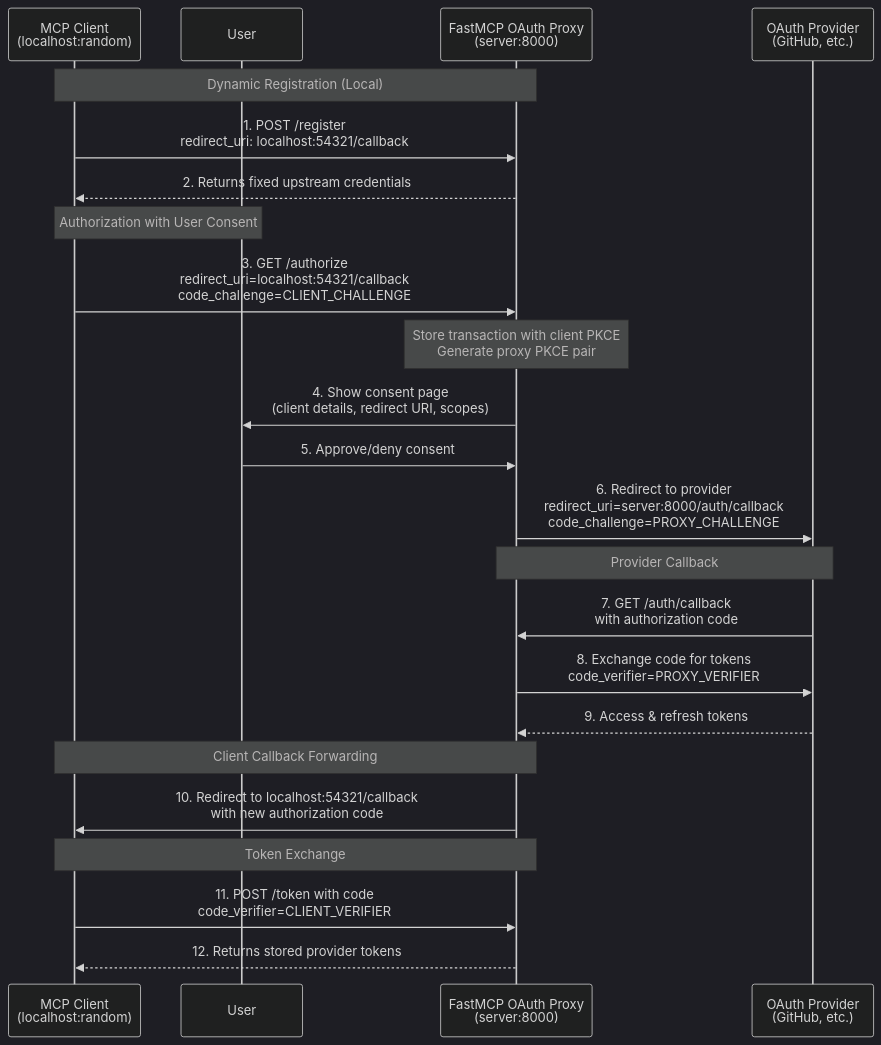
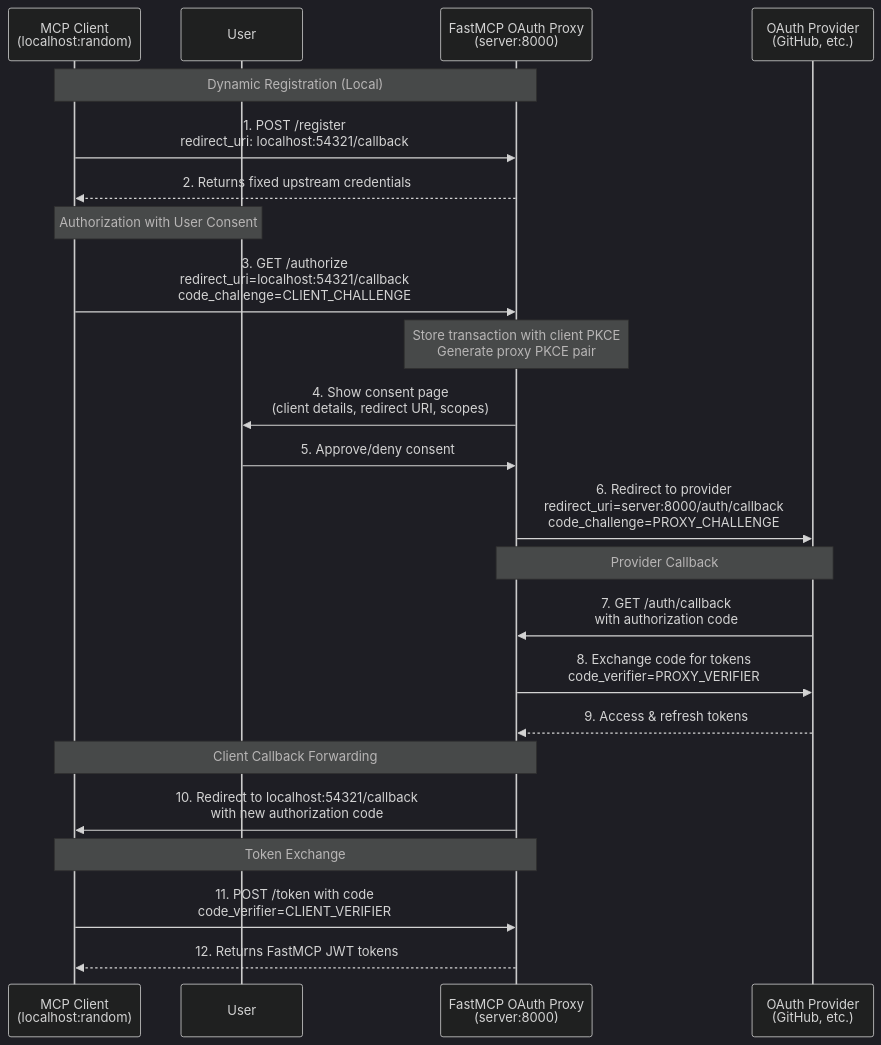
One commit to PrefectHQ/fastmcp changed the diagram in docs/servers/auth/oauth-proxy.mdx. Above: the diagram before and after it, drawn with Mermaid (dark theme). The commit also changed other lines of this file, not shown here.

Commit message:
Document token passthrough security in OAuth Proxy docs (#3100)

````diff
--- a/docs/servers/auth/oauth-proxy.mdx
+++ b/docs/servers/auth/oauth-proxy.mdx
@@ -391,30 +391,30 @@
 ```mermaid
 sequenceDiagram
     participant Client as MCP Client<br/>(localhost:random)
     participant User as User
     participant Proxy as FastMCP OAuth Proxy<br/>(server:8000)
     participant Provider as OAuth Provider<br/>(GitHub, etc.)
 
     Note over Client, Proxy: Dynamic Registration (Local)
     Client->>Proxy: 1. POST /register<br/>redirect_uri: localhost:54321/callback
     Proxy-->>Client: 2. Returns fixed upstream credentials
 
     Note over Client, User: Authorization with User Consent
     Client->>Proxy: 3. GET /authorize<br/>redirect_uri=localhost:54321/callback<br/>code_challenge=CLIENT_CHALLENGE
     Note over Proxy: Store transaction with client PKCE<br/>Generate proxy PKCE pair
     Proxy->>User: 4. Show consent page<br/>(client details, redirect URI, scopes)
     User->>Proxy: 5. Approve/deny consent
     Proxy->>Provider: 6. Redirect to provider<br/>redirect_uri=server:8000/auth/callback<br/>code_challenge=PROXY_CHALLENGE
 
     Note over Provider, Proxy: Provider Callback
     Provider->>Proxy: 7. GET /auth/callback<br/>with authorization code
     Proxy->>Provider: 8. Exchange code for tokens<br/>code_verifier=PROXY_VERIFIER
     Provider-->>Proxy: 9. Access & refresh tokens
 
     Note over Proxy, Client: Client Callback Forwarding
     Proxy->>Client: 10. Redirect to localhost:54321/callback<br/>with new authorization code
 
     Note over Client, Proxy: Token Exchange
     Client->>Proxy: 11. POST /token with code<br/>code_verifier=CLIENT_VERIFIER
-    Proxy-->>Client: 12. Returns stored provider tokens
+    Proxy-->>Client: 12. Returns FastMCP JWT tokens
 ```
````
